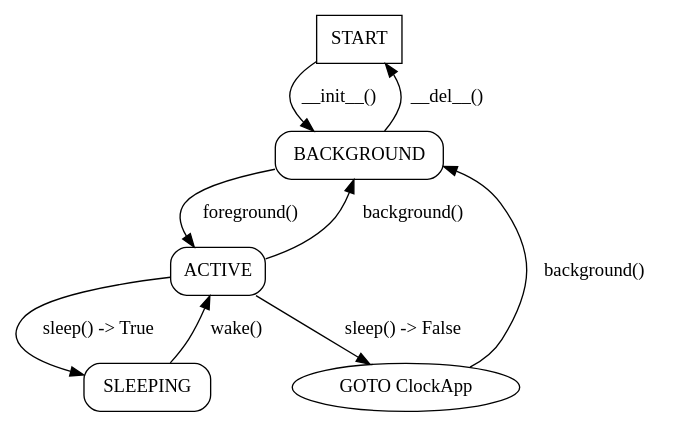
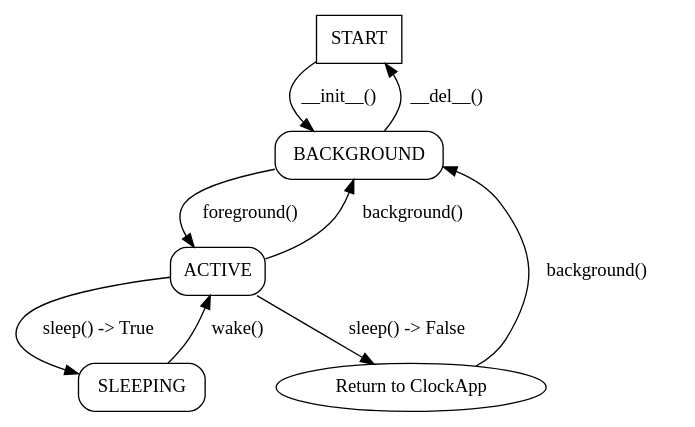
Before and after one commit to wasp-os/wasp-os: the diagram in docs/appguide.rst, drawn with Graphviz.

Commit message:
rename graph from go_to_clock to return_to_clock

```diff
--- a/docs/appguide.rst
+++ b/docs/appguide.rst
@@ -66,18 +66,18 @@
 .. graphviz::
 
     digraph lifecycle {
         START -> BACKGROUND [ label=" __init__()   " ];
         BACKGROUND -> START [ label=" __del__()   " ];
         BACKGROUND -> ACTIVE [ label=" foreground()   " ];
         ACTIVE -> BACKGROUND [ label=" background()   " ];
-        ACTIVE -> GO_TO_CLOCK [ label=" sleep() -> False   " ];
-        GO_TO_CLOCK -> BACKGROUND [ label=" background()   " ];
+        ACTIVE -> RET_TO_CLOCK [ label=" sleep() -> False   " ];
+        RET_TO_CLOCK -> BACKGROUND [ label=" background()   " ];
         ACTIVE -> SLEEPING [ label=" sleep() -> True   " ];
         SLEEPING -> ACTIVE [ label=" wake()   " ];
 
         START [ shape=box ];
         BACKGROUND [ shape=box, style=rounded ]
         ACTIVE [ shape=box, style=rounded ]
         SLEEPING [ shape=box, style=rounded ]
-        GO_TO_CLOCK [ label="GOTO ClockApp" ];
+        RET_TO_CLOCK [ label="Return to ClockApp" ];
     }
```
